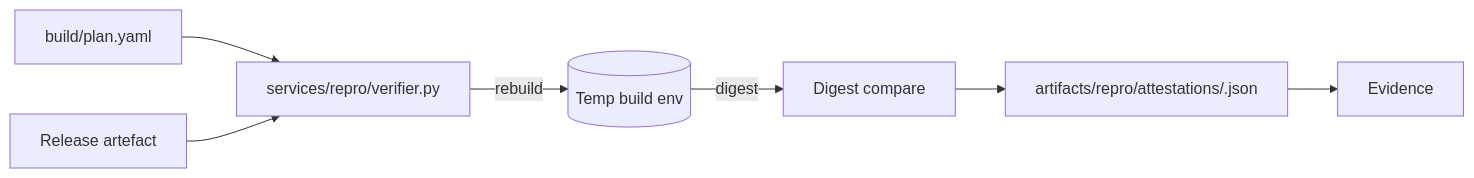
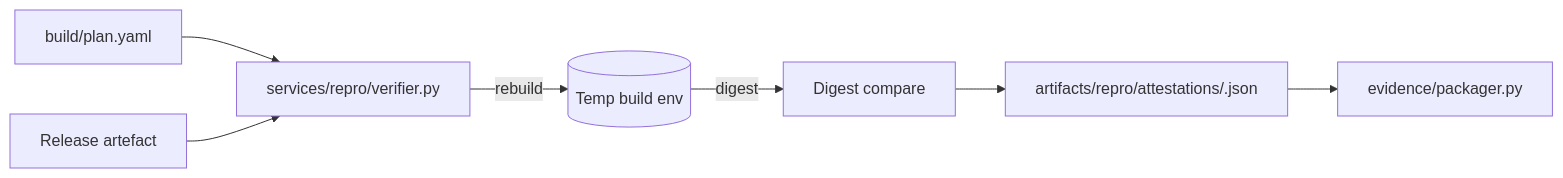
One commit to DevOpsMadDog/Fixops changed the seventh of 11 diagrams in readme_updated.md. Above: the diagram before and after it, drawn with Mermaid. The commit also changed other lines of this file, not shown here.

Commit message:
docs: repair mermaid diagrams

````diff
--- a/readme_updated.md
+++ b/readme_updated.md
@@ -343,9 +343,9 @@
 ```mermaid
 flowchart LR
-    Plan[build/plan.yaml] --> Runner[services/repro/verifier.py]
-    Release[Release artefact] --> Runner
-    Runner -->|rebuild| Sandbox[(Temp build env)]
-    Sandbox -->|digest| Compare[Digest compare]
-    Compare --> Att[artifacts/repro/attestations/<tag>.json]
-    Att --> Evidence
+    Plan["build/plan.yaml"] --> Runner["services/repro/verifier.py"]
+    Release["Release artefact"] --> Runner
+    Runner -->|rebuild| Sandbox[("Temp build env")]
+    Sandbox -->|digest| Compare["Digest compare"]
+    Compare --> Att["artifacts/repro/attestations/<tag>.json"]
+    Att --> Evidence["evidence/packager.py"]
 ```
````
